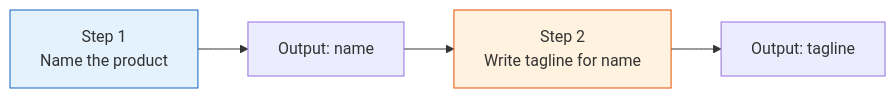
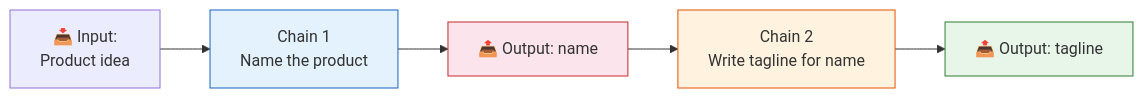
Before and after one commit to remolaan/Agentic-AI-Cookbook: the third of 4 diagrams in 05_chains/README.md, drawn with Mermaid. The commit also changed other lines of this file and 16 other files, not shown here.

Commit message:
Enhance READMEs 02-18 with Mermaid diagrams and detailed explanations

````diff
--- a/05_chains/README.md
+++ b/05_chains/README.md
@@ -21,6 +68,12 @@
 ```mermaid
 flowchart LR
-    A["Step 1<br/>Name the product"] --> B["Output: name"] --> C["Step 2<br/>Write tagline for name"] --> D["Output: tagline"]
-    style A fill:#e3f2fd,stroke:#1565c0
-    style C fill:#fff3e0,stroke:#e65100
+    I["📥 Input:<br/>Product idea"] --> C1["Chain 1<br/>Name the product"]
+    C1 --> O1["📤 Output: name"]
+    O1 --> C2["Chain 2<br/>Write tagline for name"]
+    C2 --> O2["📤 Output: tagline"]
+    
+    style C1 fill:#e3f2fd,stroke:#1565c0
+    style C2 fill:#fff3e0,stroke:#e65100
+    style O1 fill:#fce4ec,stroke:#c62828
+    style O2 fill:#e8f5e9,stroke:#2e7d32
 ```
````
